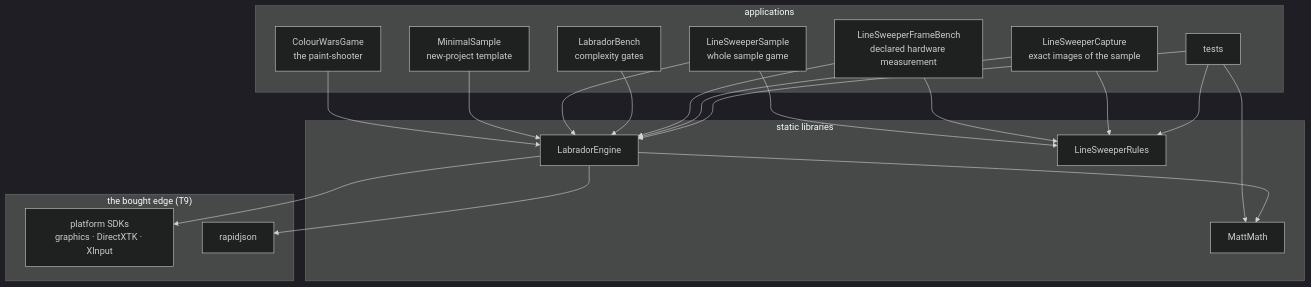
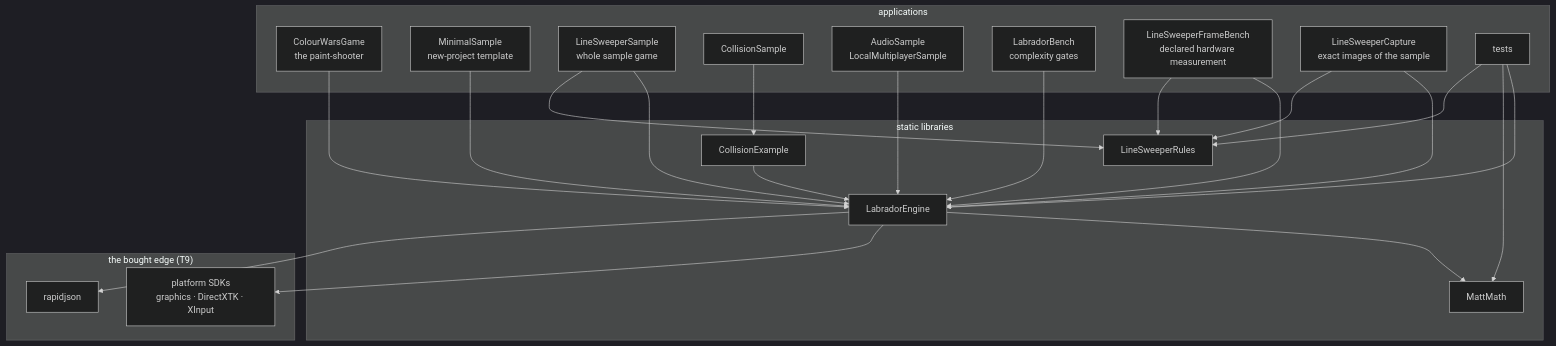
Before and after one commit to matt439/Labrador: the first of 2 diagrams in docs/design/ARCHITECTURE.md, drawn with Mermaid (dark theme). The commit also changed other lines of this file and 58 other files, not shown here.

First line of the commit message:
Add runnable collision, audio and local multiplayer guides

````diff
--- a/docs/design/ARCHITECTURE.md
+++ b/docs/design/ARCHITECTURE.md
@@ -44,36 +44,42 @@
 ```mermaid
 flowchart TD
     subgraph apps["applications"]
         game["ColourWarsGame<br/>the paint-shooter"]
         sample["MinimalSample<br/>new-project template"]
         linesweeper["LineSweeperSample<br/>whole sample game"]
+        collision_sample["CollisionSample"]
+        guides["AudioSample<br/>LocalMultiplayerSample"]
         throughput["LabradorBench<br/>complexity gates"]
         frame["LineSweeperFrameBench<br/>declared hardware measurement"]
         capture["LineSweeperCapture<br/>exact images of the sample"]
         tests["tests"]
     end
     subgraph libs["static libraries"]
         engine["LabradorEngine"]
         math["MattMath"]
         rules["LineSweeperRules"]
+        collision_example["CollisionExample"]
     end
     subgraph edge["the bought edge (T9)"]
         sdks["platform SDKs<br/>graphics · DirectXTK · XInput"]
         rapidjson["rapidjson"]
     end
     game --> engine
     sample --> engine
     linesweeper --> engine
     linesweeper --> rules
+    collision_sample --> collision_example
+    collision_example --> engine
+    guides --> engine
     throughput --> engine
     frame --> engine
     frame --> rules
     capture --> engine
     capture --> rules
     tests --> engine
     tests --> math
     tests --> rules
     engine --> math
     engine --> sdks
     engine --> rapidjson
 ```
````
